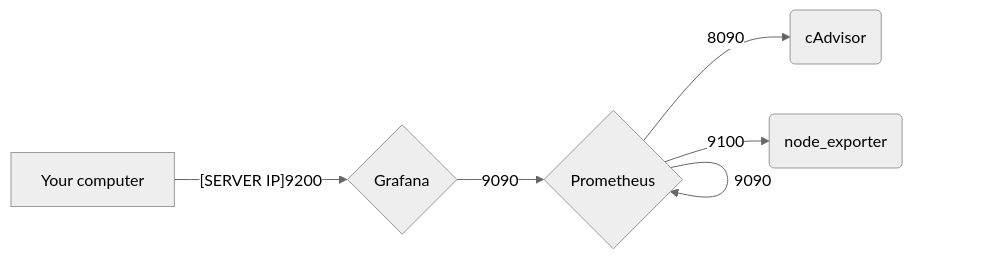
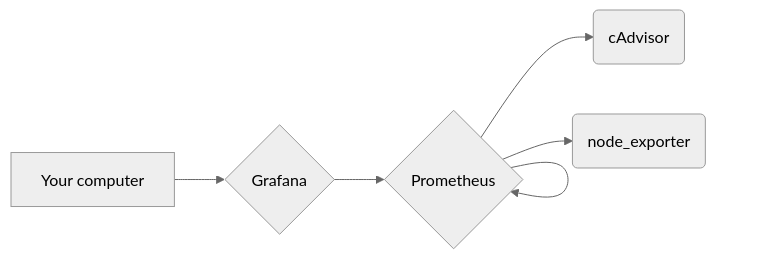
One commit to YR72dpi/debianMonitoring changed the diagram in README.md. Above: the diagram before and after it, drawn with Mermaid (neutral theme). The commit also changed other lines of this file, not shown here.

Commit message:
fix: mermaid error

````diff
--- a/README.md
+++ b/README.md
@@ -13,14 +13,14 @@
 ```mermaid
-graph LR
-grafana{Grafana}
-prometheus{Prometheus}
-cAdvisor(cAdvisor)
-node_exporter(node_exporter)
-computer[Your computer]
+graph LR;
+grafana{Grafana};
+prometheus{Prometheus};
+cAdvisor(cAdvisor);
+node_exporter(node_exporter);
+computer[Your computer];
 
-prometheus --8090--> cAdvisor
-prometheus --9100--> node_exporter
-prometheus --9090--> prometheus
-grafana --9090--> prometheus
-computer --[SERVER IP]9200--> grafana
+prometheus --> cAdvisor;
+prometheus --> node_exporter;
+prometheus --> prometheus;
+grafana --> prometheus;
+computer --> grafana;
 ```
````
